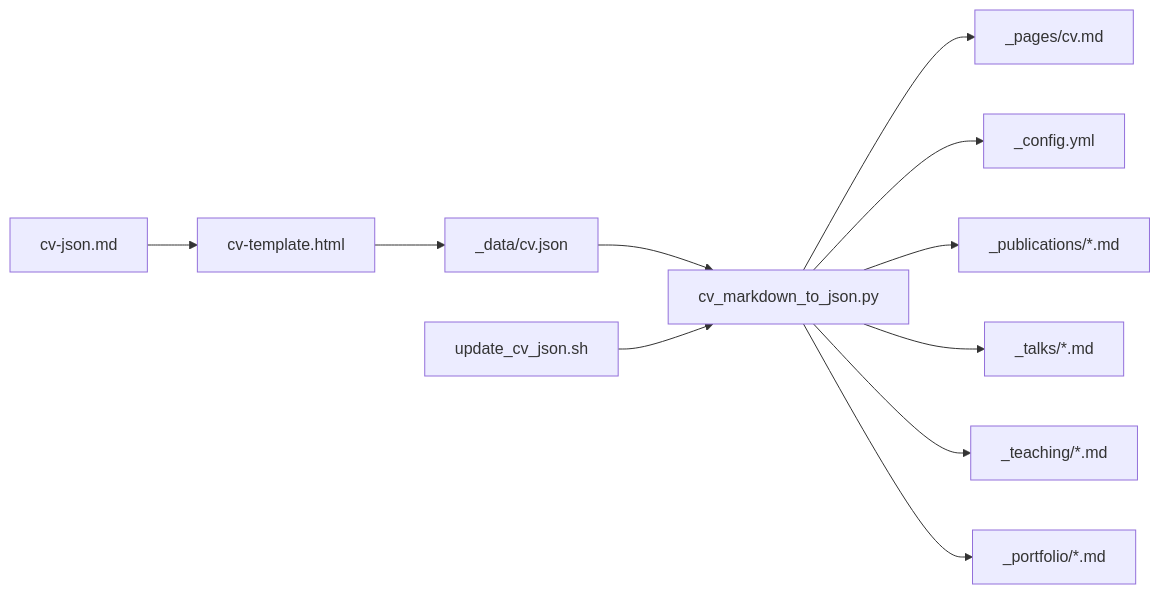
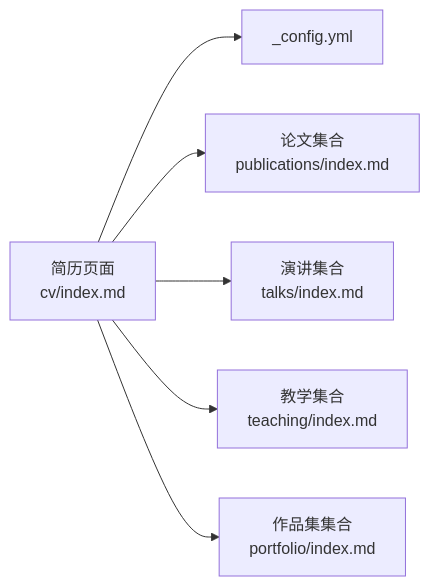
The third of 3 diagrams in .qoder/repowiki/zh/content/学术功能模块/简历生成功能.md (CoolPig0720/CoolPig0720.github.io), drawn with Mermaid before and after one commit. The commit also changed other lines of this file and 36 other files, not shown here.

````diff
--- a/.qoder/repowiki/zh/content/学术功能模块/简历生成功能.md
+++ b/.qoder/repowiki/zh/content/学术功能模块/简历生成功能.md
@@ -269,13 +174,8 @@
 ```mermaid
 graph LR
-PJ["cv-json.md"] --> CT["cv-template.html"]
-CT --> DJ["_data/cv.json"]
-DJ --> PY["cv_markdown_to_json.py"]
-PY --> MD["_pages/cv.md"]
-PY --> CFG["_config.yml"]
-PY --> PUB["_publications/*.md"]
-PY --> TAL["_talks/*.md"]
-PY --> TCH["_teaching/*.md"]
-PY --> POR["_portfolio/*.md"]
-SH["update_cv_json.sh"] --> PY
+CV["简历页面<br/>cv/index.md"] --> CFG["_config.yml"]
+CV --> PUB["论文集合<br/>publications/index.md"]
+CV --> TAL["演讲集合<br/>talks/index.md"]
+CV --> TCH["教学集合<br/>teaching/index.md"]
+CV --> POR["作品集集合<br/>portfolio/index.md"]
 ```
````
